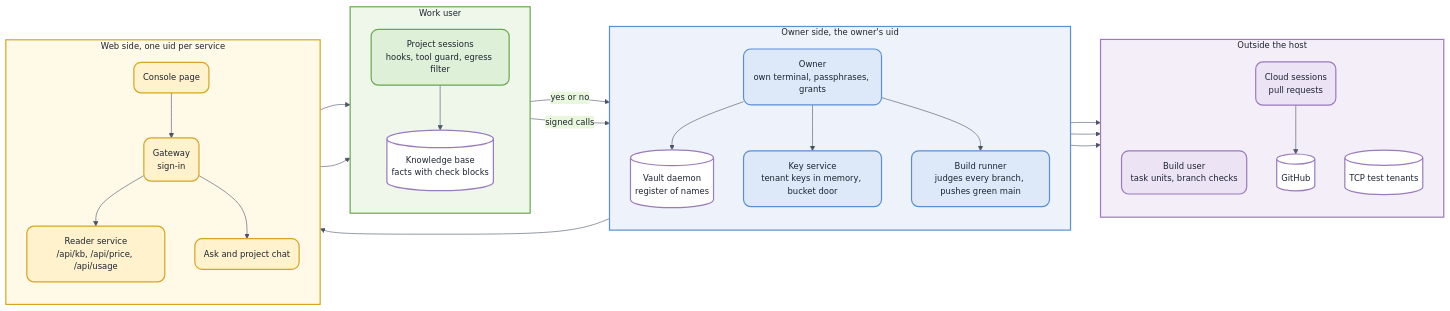
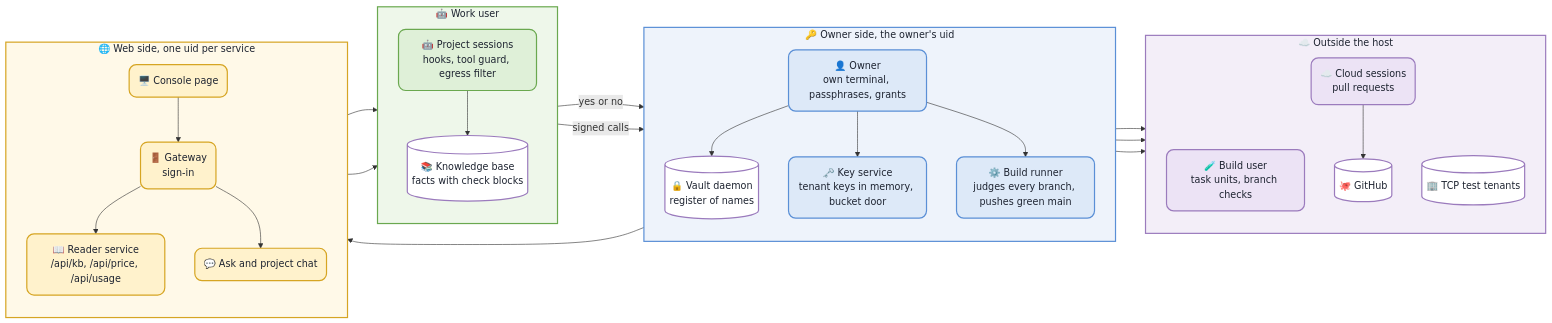
The diagram in README.md (shimoza/tcp-awb), drawn with Mermaid before and after one commit. The commit also changed other lines of this file, not shown here.

Commit message:
README: a centered title with badges and the command line, icons in the system diagram

````diff
--- a/README.md
+++ b/README.md
@@ -32,60 +46,59 @@
 ```mermaid
-%%{init: {'theme':'base','themeVariables':{'fontFamily':'Segoe UI, Helvetica, sans-serif','fontSize':'14px','primaryColor':'#dde9f8','primaryTextColor':'#1d2330','primaryBorderColor':'#5a8fd6','lineColor':'#4a5468','clusterBkg':'#f4f6fb','clusterBorder':'#9fb8de','titleColor':'#1d2330'}}}%%
 flowchart LR
-  subgraph OWN [" Owner side, the owner's uid "]
+  subgraph OWN [" 🔑 Owner side, the owner's uid "]
     direction TB
-    Owner("Owner<br/>own terminal, passphrases, grants")
-    Vault[("Vault daemon<br/>register of names")]
-    Keys("Key service<br/>tenant keys in memory, bucket door")
-    Runner("Build runner<br/>judges every branch, pushes green main")
+    Owner("👤 Owner<br/>own terminal, passphrases, grants")
+    Vault[("🔒 Vault daemon<br/>register of names")]
+    Keys("🗝️ Key service<br/>tenant keys in memory, bucket door")
+    Runner("⚙️ Build runner<br/>judges every branch, pushes green main")
   end
-  subgraph WORK [" Work user "]
+  subgraph WORK [" 🤖 Work user "]
     direction TB
-    Sessions("Project sessions<br/>hooks, tool guard, egress filter")
-    KB[("Knowledge base<br/>facts with check blocks")]
+    Sessions("🤖 Project sessions<br/>hooks, tool guard, egress filter")
+    KB[("📚 Knowledge base<br/>facts with check blocks")]
   end
-  subgraph WEB [" Web side, one uid per service "]
+  subgraph WEB [" 🌐 Web side, one uid per service "]
     direction TB
-    Gateway("Gateway<br/>sign-in")
-    Reader("Reader service<br/>/api/kb, /api/price, /api/usage")
-    Ask("Ask and project chat")
-    Console("Console page")
+    Gateway("🚪 Gateway<br/>sign-in")
+    Reader("📖 Reader service<br/>/api/kb, /api/price, /api/usage")
+    Ask("💬 Ask and project chat")
+    Console("🖥️ Console page")
   end
-  subgraph OUT [" Outside the host "]
+  subgraph OUT [" ☁️ Outside the host "]
     direction TB
-    Build("Build user<br/>task units, branch checks")
-    Cloud("Cloud sessions<br/>pull requests")
-    GitHub[("GitHub")]
-    Tenants[("TCP test tenants")]
+    Build("🧪 Build user<br/>task units, branch checks")
+    Cloud("☁️ Cloud sessions<br/>pull requests")
+    GitHub[("🐙 GitHub")]
+    Tenants[("🏢 TCP test tenants")]
   end
   Owner --> Vault
   Owner --> Keys
   Owner --> Runner
   Owner --> Gateway
   Runner --> Build
   Runner --> GitHub
   Cloud --> GitHub
   Sessions -- "yes or no" --> Vault
   Sessions -- "signed calls" --> Keys
   Keys --> Tenants
   Sessions --> KB
   Console --> Gateway
   Gateway --> Reader
   Gateway --> Ask
   Reader --> KB
   Ask --> KB
   classDef blue fill:#dde9f8,stroke:#5a8fd6,stroke-width:2px,color:#1d2330,rx:12,ry:12
   classDef green fill:#dff0d8,stroke:#6aa84f,stroke-width:2px,color:#1d2330,rx:12,ry:12
   classDef yellow fill:#fff2cc,stroke:#d6a523,stroke-width:2px,color:#1d2330,rx:12,ry:12
   classDef purple fill:#ece3f5,stroke:#9b7bbd,stroke-width:2px,color:#1d2330,rx:12,ry:12
   classDef store fill:#ffffff,stroke:#9b7bbd,stroke-width:2px,color:#1d2330
   class Owner,Keys,Runner blue
   class Sessions green
   class Gateway,Reader,Ask,Console yellow
   class Build,Cloud purple
   class Vault,KB,GitHub,Tenants store
   style OWN fill:#eef3fb,stroke:#5a8fd6,stroke-width:2px,color:#1d2330
   style WORK fill:#eef7ea,stroke:#6aa84f,stroke-width:2px,color:#1d2330
   style WEB fill:#fff9e8,stroke:#d6a523,stroke-width:2px,color:#1d2330
   style OUT fill:#f3eef8,stroke:#9b7bbd,stroke-width:2px,color:#1d2330
 ```
````
